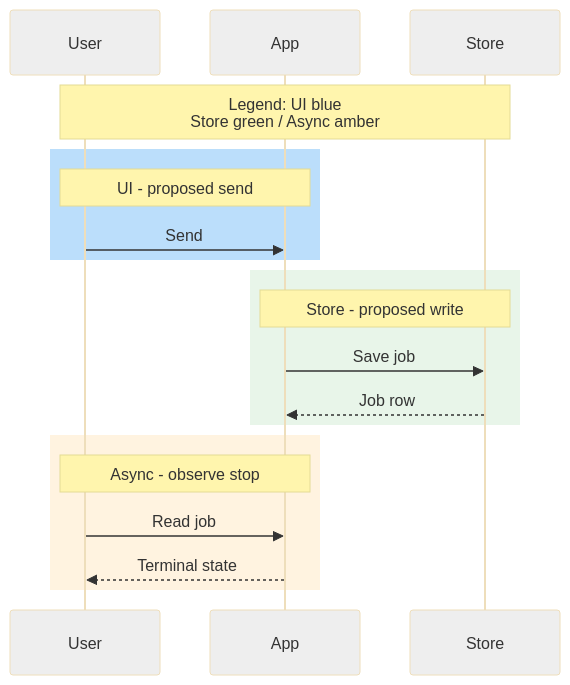
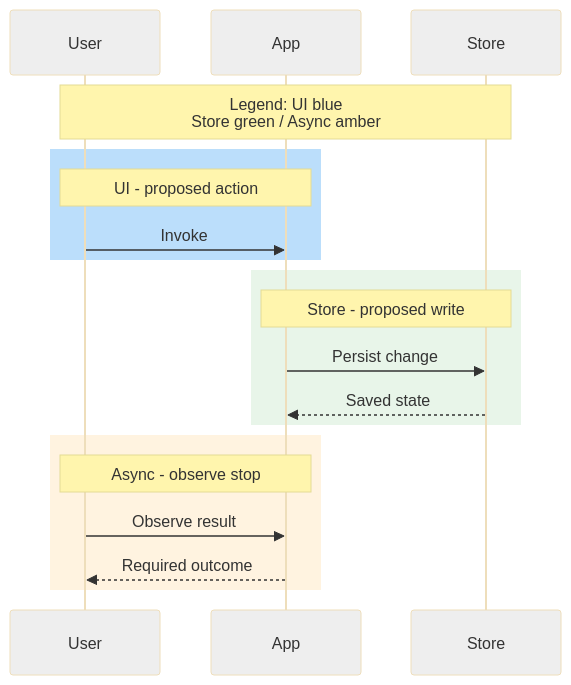
The diagram in .kiro/skills/engos-delivery-diagram-contract-artifacts/resources/references/diagram-style.md (medhatgalal/Core-Prompts), drawn with Mermaid before and after one commit. The commit also changed other lines of this file and 88 other files, not shown here.

````diff
--- a/.kiro/skills/engos-delivery-diagram-contract-artifacts/resources/references/diagram-style.md
+++ b/.kiro/skills/engos-delivery-diagram-contract-artifacts/resources/references/diagram-style.md
@@ -38,22 +42,22 @@
 ```mermaid
 %%{init: {"theme":"base","themeVariables":{"background":"#ffffff","actorBkg":"#eeeeee"}}}%%
 sequenceDiagram
     participant U as User
     participant A as App
     participant S as Store
     Note over U,S: Legend: UI blue<br/>Store green / Async amber
     rect rgb(187, 222, 251)
-        Note over U,A: UI - proposed send
-        U->>A: Send
+        Note over U,A: UI - proposed action
+        U->>A: Invoke
     end
     rect rgb(232, 245, 233)
         Note over A,S: Store - proposed write
-        A->>S: Save job
-        S-->>A: Job row
+        A->>S: Persist change
+        S-->>A: Saved state
     end
     rect rgb(255, 243, 224)
         Note over U,A: Async - observe stop
-        U->>A: Read job
-        A-->>U: Terminal state
+        U->>A: Observe result
+        A-->>U: Required outcome
     end
 ```
````
